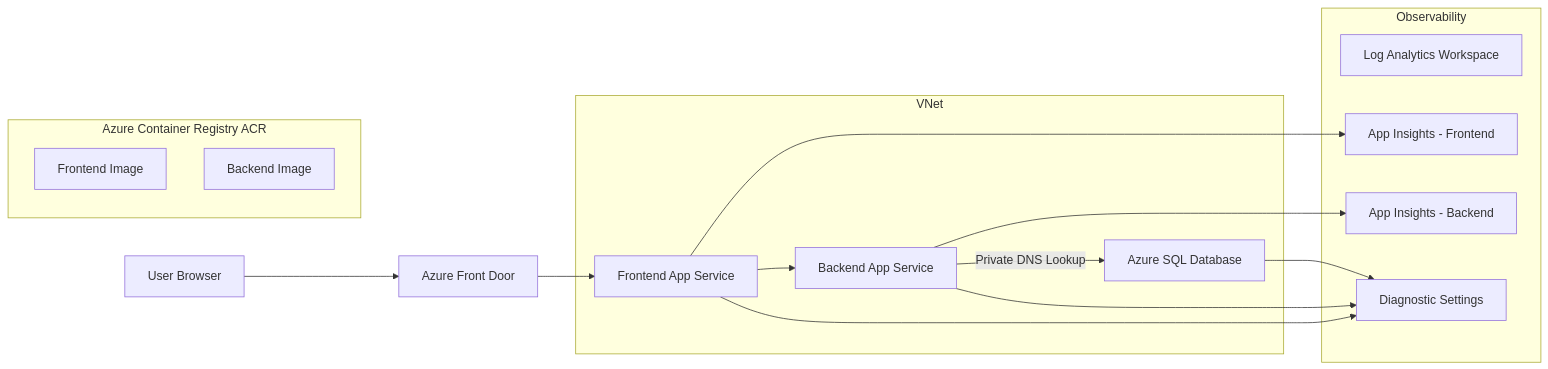
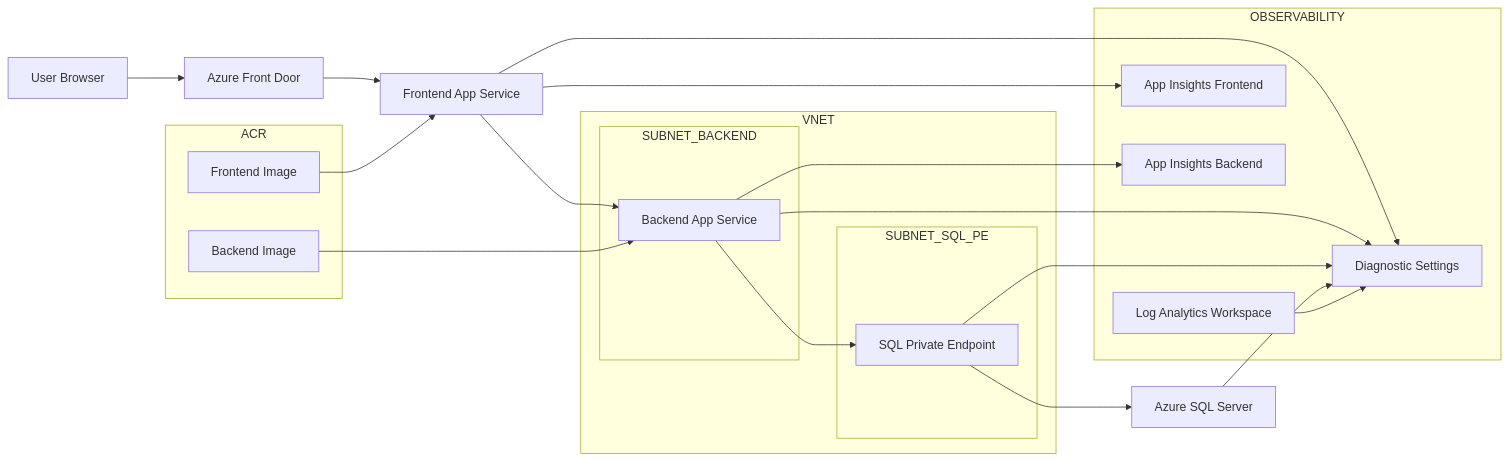
The diagram in docs/architecture.md (samsthomas/azure-3tier-project), drawn with Mermaid before and after one commit.

Commit message:
updates to the architecture diagram

````diff
--- a/docs/architecture.md
+++ b/docs/architecture.md
@@ -5,38 +5,51 @@
 ```mermaid
 
 flowchart LR
+
     A[User Browser] --> B[Azure Front Door]
 
     B --> C[Frontend App Service]
 
     C --> D[Backend App Service]
 
-    D -->|Private DNS Lookup| E[Azure SQL Database]
+    D --> E[SQL Private Endpoint]
 
-    subgraph VNET[VNet]
-        C
-        D
-        E
+    E --> F[Azure SQL Server]
+
+    subgraph VNET
+        subgraph SUBNET_BACKEND
+            D
+        end
+
+        subgraph SUBNET_SQL_PE
+            E
+        end
     end
 
-    subgraph ACR[Azure Container Registry ACR]
-        F[Frontend Image]
-        G[Backend Image]
+    subgraph ACR
+        G[Frontend Image]
+        H[Backend Image]
     end
 
-    subgraph OBS[Observability]
-        H[Log Analytics Workspace]
-        I[App Insights - Frontend]
-        J[App Insights - Backend]
-        K[Diagnostic Settings]
+    G --> C
+    H --> D
+
+    subgraph OBSERVABILITY
+        I[Log Analytics Workspace]
+        J[App Insights Frontend]
+        K[App Insights Backend]
+        L[Diagnostic Settings]
     end
 
-    C --> I
-    D --> J
-    C --> K
+    C --> J
     D --> K
-    E --> K
+
+    C --> L
+    D --> L
+    E --> L
+    F --> L
+    I --> L
 
 
 
 ```
````
